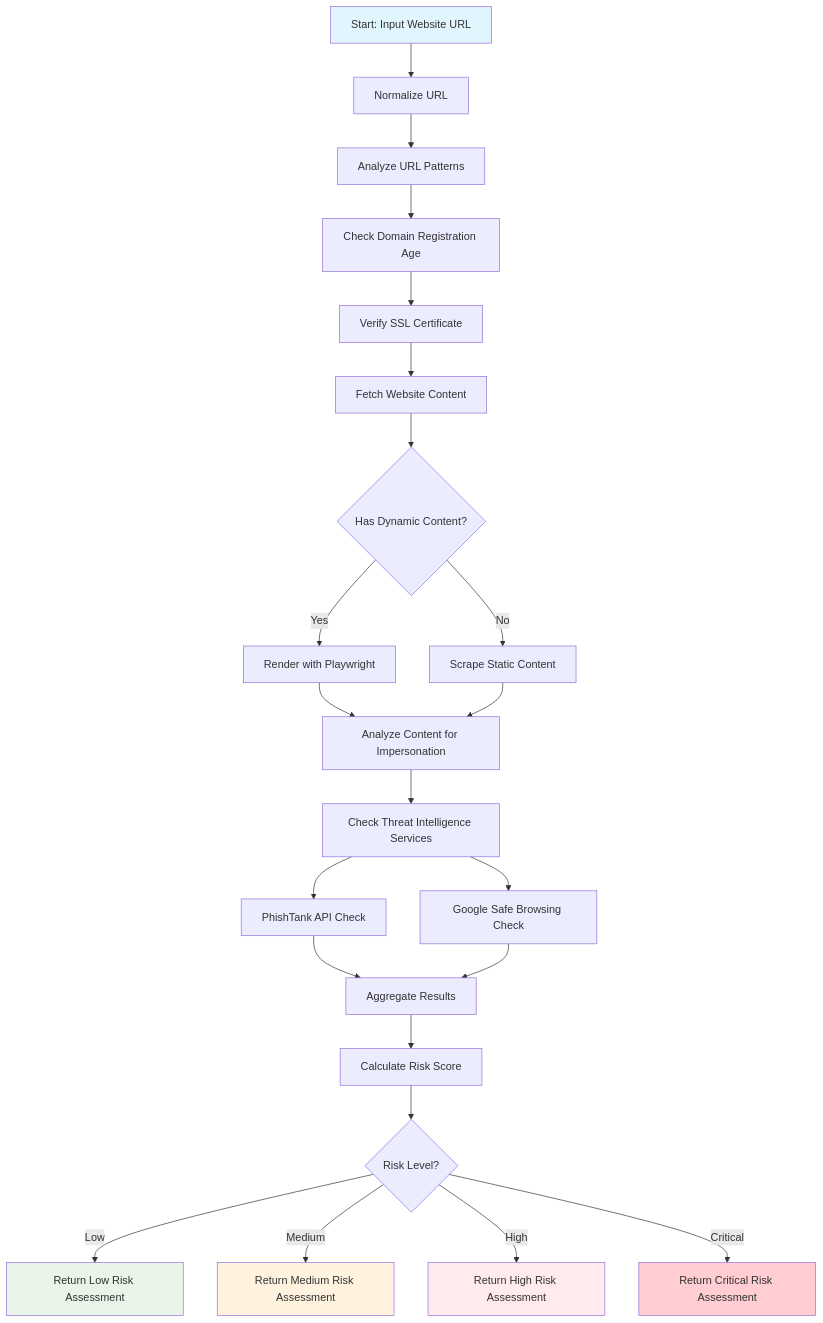
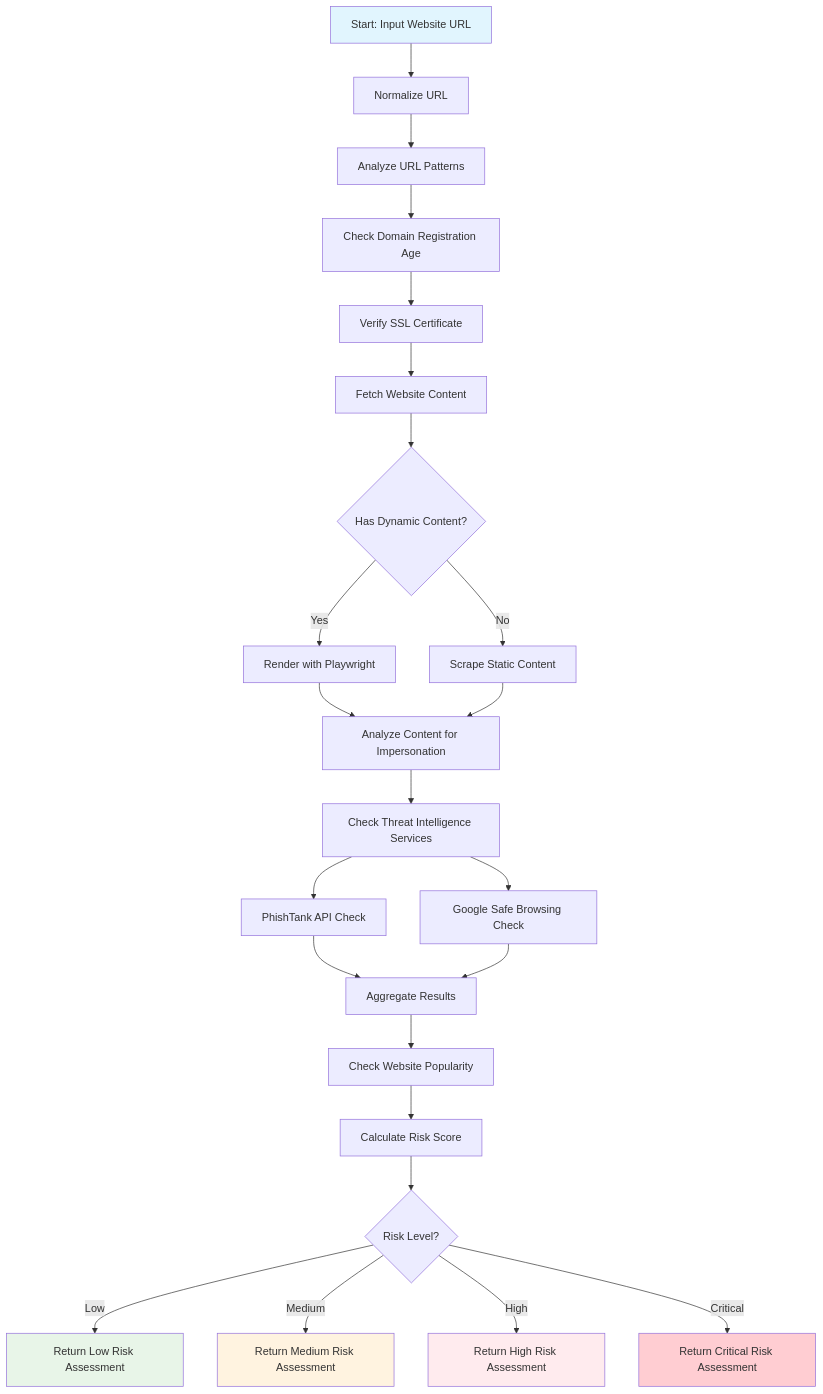
The diagram in README.md (nekobud/website-fraud-check), drawn with Mermaid before and after one commit. The commit also changed other lines of this file and 1 other file, not shown here.

Commit message:
Feature/update readme popularity check (#2)
* docs: update README flowchart to include popularity check step

* fix: resolve syntax error in website_fraud_check.mjs

- Corrected function structure and removed duplicate definitions
- Fixed missing closing braces and incorrect nesting
- Maintained all functionality including .hk domain support
- Preserved external configuration loading for legitimate domains

````diff
--- a/README.md
+++ b/README.md
@@ -83,30 +84,31 @@
 ```mermaid
 flowchart TD
     A[Start: Input Website URL] --> B[Normalize URL]
     B --> C[Analyze URL Patterns]
     C --> D[Check Domain Registration Age]
     D --> E[Verify SSL Certificate]
     E --> F[Fetch Website Content]
     F --> G{Has Dynamic Content?}
     G -->|Yes| H[Render with Playwright]
     G -->|No| I[Scrape Static Content]
     H --> J[Analyze Content for Impersonation]
     I --> J
     J --> K[Check Threat Intelligence Services]
     K --> L[PhishTank API Check]
     K --> M[Google Safe Browsing Check]
     L --> N[Aggregate Results]
     M --> N
-    N --> O[Calculate Risk Score]
-    O --> P{Risk Level?}
-    P -->|Low| Q[Return Low Risk Assessment]
-    P -->|Medium| R[Return Medium Risk Assessment]
-    P -->|High| S[Return High Risk Assessment]
-    P -->|Critical| T[Return Critical Risk Assessment]
+    N --> O[Check Website Popularity]
+    O --> P[Calculate Risk Score]
+    P --> Q{Risk Level?}
+    Q -->|Low| R[Return Low Risk Assessment]
+    Q -->|Medium| S[Return Medium Risk Assessment]
+    Q -->|High| T[Return High Risk Assessment]
+    Q -->|Critical| U[Return Critical Risk Assessment]
     
     style A fill:#e1f5fe
-    style Q fill:#e8f5e8
-    style R fill:#fff3e0
-    style S fill:#ffebee
-    style T fill:#ffcdd2
+    style R fill:#e8f5e8
+    style S fill:#fff3e0
+    style T fill:#ffebee
+    style U fill:#ffcdd2
 ```
````
